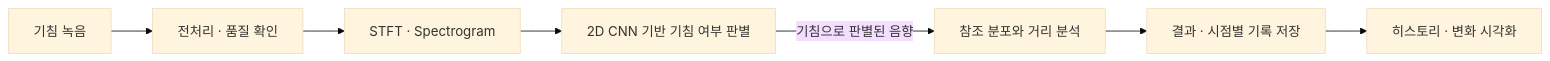
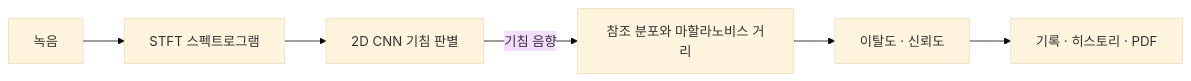
Before and after one commit to ShinCssyou/anima: the diagram in README.md, drawn with Mermaid (base theme). The commit also changed other lines of this file and 1 other file, not shown here.

````diff
--- a/README.md
+++ b/README.md
@@ -55,9 +48,8 @@
 ```mermaid
 flowchart LR
-    A[기침 녹음] --> B[전처리 · 품질 확인]
-    B --> C[STFT · Spectrogram]
-    C --> D[2D CNN 기반 기침 여부 판별]
-    D -->|기침으로 판별된 음향| E[참조 분포와 거리 분석]
-    E --> F[결과 · 시점별 기록 저장]
-    F --> G[히스토리 · 변화 시각화]
+    A[녹음] --> B[STFT 스펙트로그램]
+    B --> C[2D CNN 기침 판별]
+    C -->|기침 음향| D[참조 분포와 마할라노비스 거리]
+    D --> E[이탈도 · 신뢰도]
+    E --> F[기록 · 히스토리 · PDF]
 ```
````
